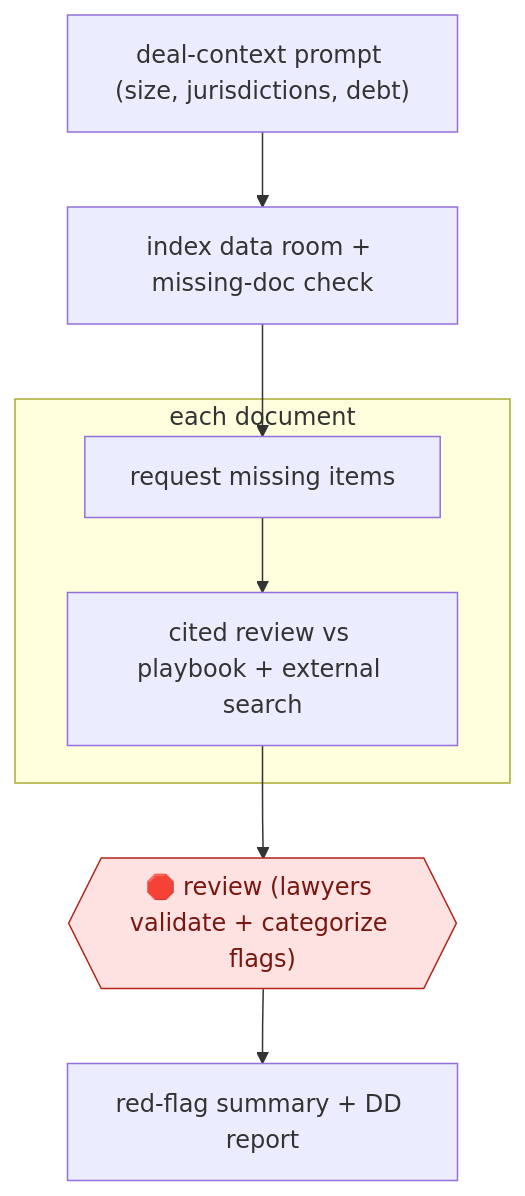
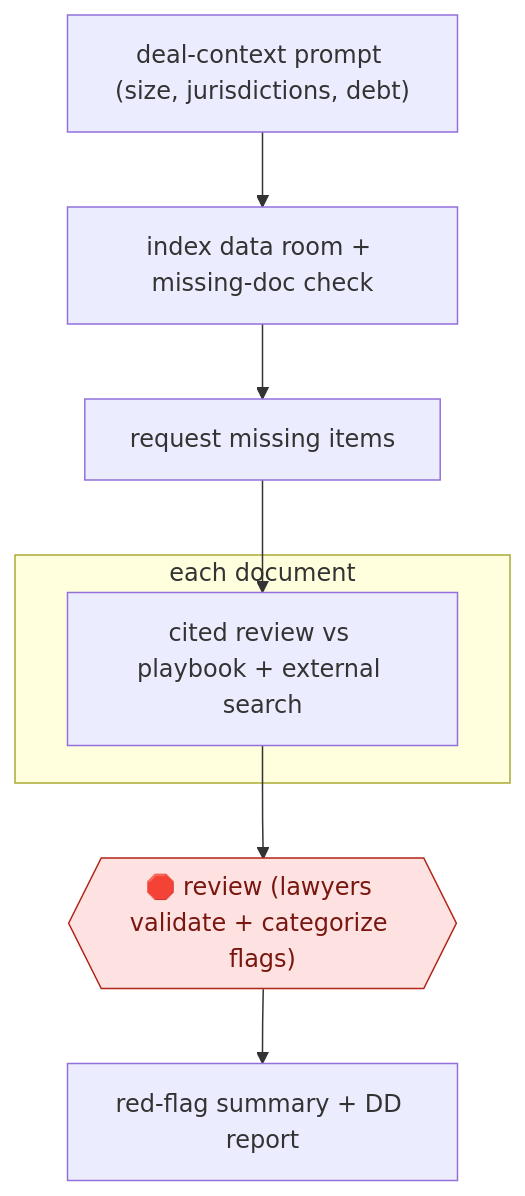
Before and after one commit to milesradford99/agent-workflow-atlas: the diagram in workflows/PRO/LEG/DD/data-room-red-flag-review/README.md, drawn with Mermaid. The commit also changed other lines of this file and 171 other files, not shown here.

````diff
--- a/workflows/PRO/LEG/DD/data-room-red-flag-review/README.md
+++ b/workflows/PRO/LEG/DD/data-room-red-flag-review/README.md
@@ -31,17 +31,17 @@
 ```mermaid
 flowchart TD
   n1["deal-context prompt (size, jurisdictions, debt)"]
   n2["index data room + missing-doc check"]
-  n1 --> n2
   n3["request missing items"]
-  n2 --> n3
   subgraph s4["each document"]
   n5["cited review vs playbook + external search"]
-  n3 --> n5
   end
   n6{{"🛑 review (lawyers validate + categorize flags)"}}:::stop
+  n7["red-flag summary + DD report"]
+  n1 --> n2
+  n2 --> n3
+  n3 --> n5
   n5 --> n6
-  n7["red-flag summary + DD report"]
   n6 --> n7
   classDef stop fill:#fde2e1,stroke:#b42318,color:#7a1610
 ```
````
